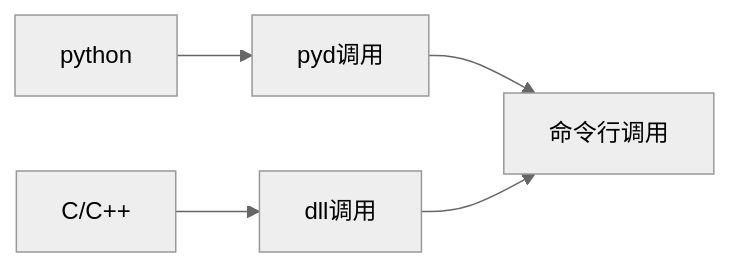
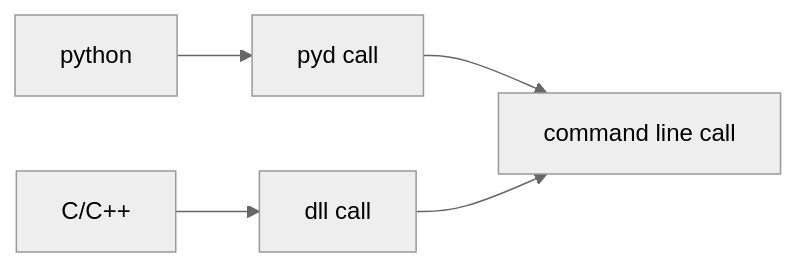
The diagram in README.md (xystudio889/pyClickMouse), drawn with Mermaid (neutral theme) before and after one commit. The commit also changed other lines of this file and 277 other files, not shown here.

````diff
--- a/README.md
+++ b/README.md
@@ -118,5 +130,5 @@
 ```mermaid
 graph LR
-A[python] --> B[pyd调用] --> D[命令行调用]
-C[C/C++] --> E[dll调用] --> D
+A[python] --> B[pyd call] --> D[command line call]
+C[C/C++] --> E[dll call] --> D
 ```
````
